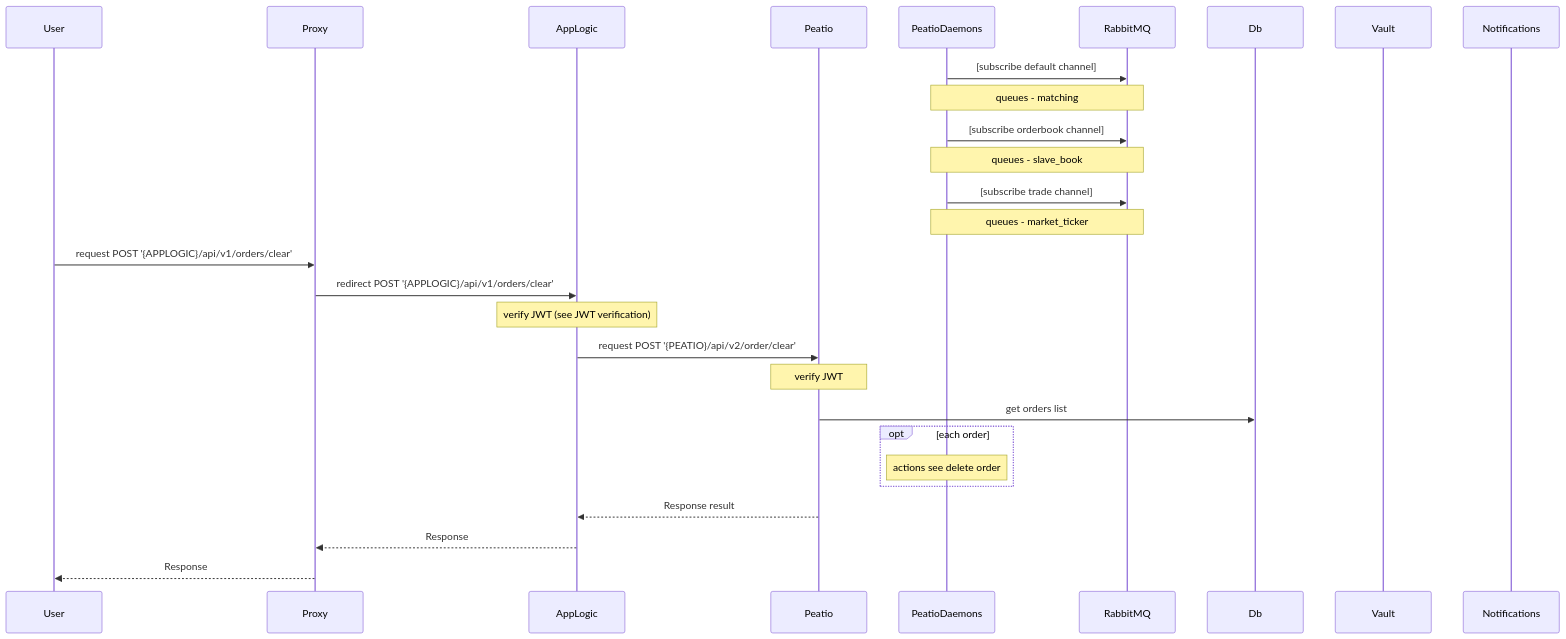
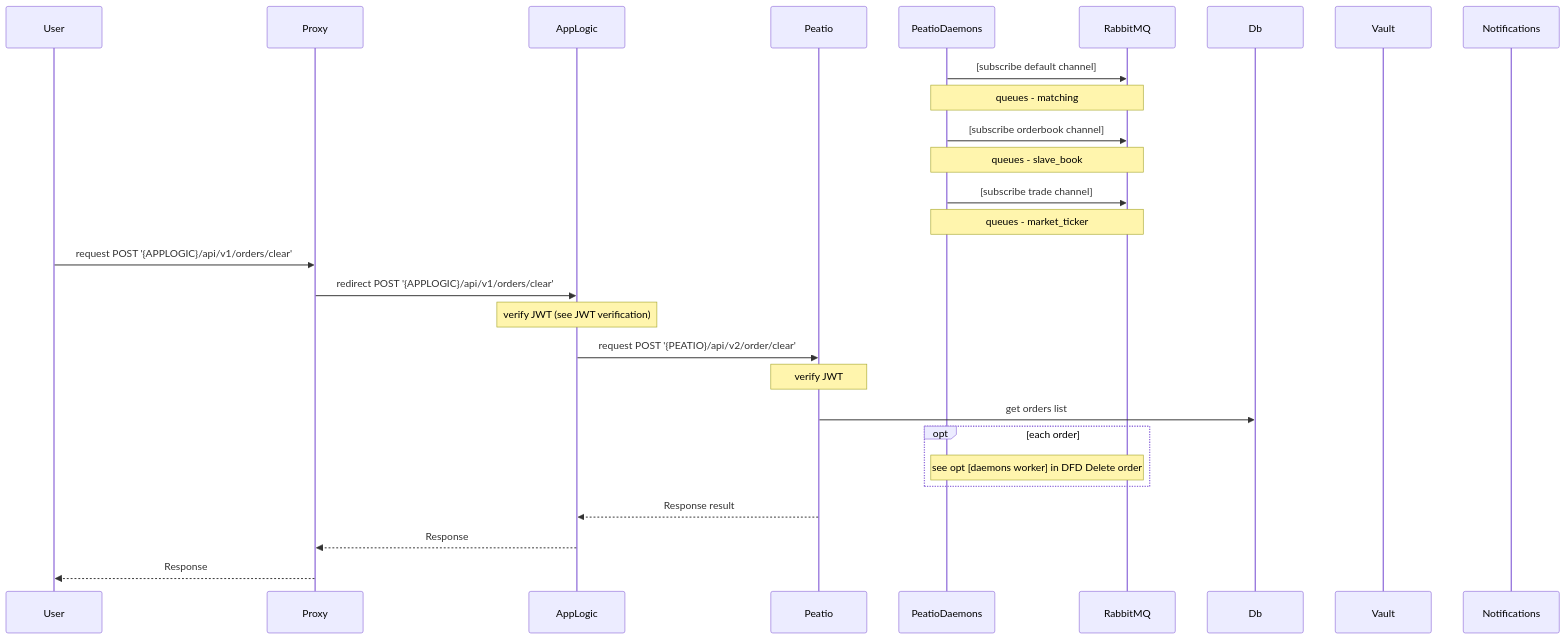
One commit to sergii-savchenko/rkcp_arch changed the ninth of 31 diagrams in README.md. Above: the diagram before and after it, drawn with Mermaid. The commit also changed other lines of this file and 2 other files, not shown here.

````diff
--- a/README.md
+++ b/README.md
@@ -343,34 +341,34 @@
 ```mermaid
 sequenceDiagram
     participant User
     participant Proxy
     participant AppLogic
     participant Peatio
     participant PeatioDaemons
     participant RabbitMQ
     participant Db
     participant Vault
     participant Notifications
 
     PeatioDaemons->>RabbitMQ: [subscribe default channel]
     Note over PeatioDaemons,RabbitMQ: queues - matching
     PeatioDaemons->>RabbitMQ: [subscribe orderbook channel]
     Note over PeatioDaemons,RabbitMQ: queues - slave_book
     PeatioDaemons->>RabbitMQ: [subscribe trade channel]
     Note over PeatioDaemons,RabbitMQ: queues - market_ticker
 
     User->>Proxy: request POST '{APPLOGIC}/api/v1/orders/clear'
     Proxy->>AppLogic: redirect POST '{APPLOGIC}/api/v1/orders/clear'
     Note over AppLogic: verify JWT (see JWT verification)
     AppLogic->>Peatio: request POST '{PEATIO}/api/v2/order/clear'
     Note over Peatio: verify JWT
     Peatio->>Db: get orders list
     opt each order
-        Note over PeatioDaemons: actions see delete order
+        Note over PeatioDaemons,RabbitMQ: see opt [daemons worker] in DFD Delete order
     end
 
     Peatio-->>AppLogic: Response result
 
     AppLogic-->>Proxy: Response
     Proxy-->>User: Response
 ```
````
